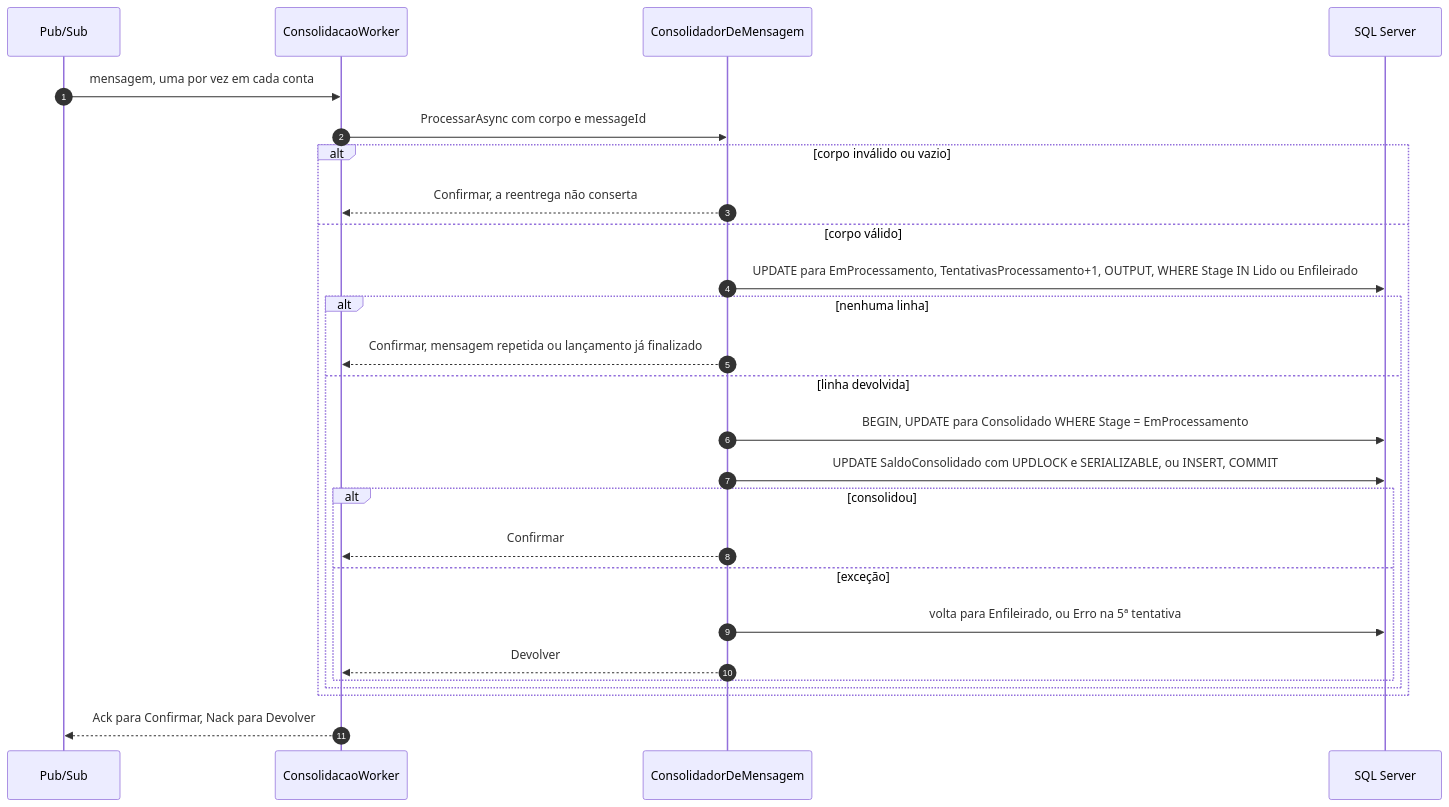
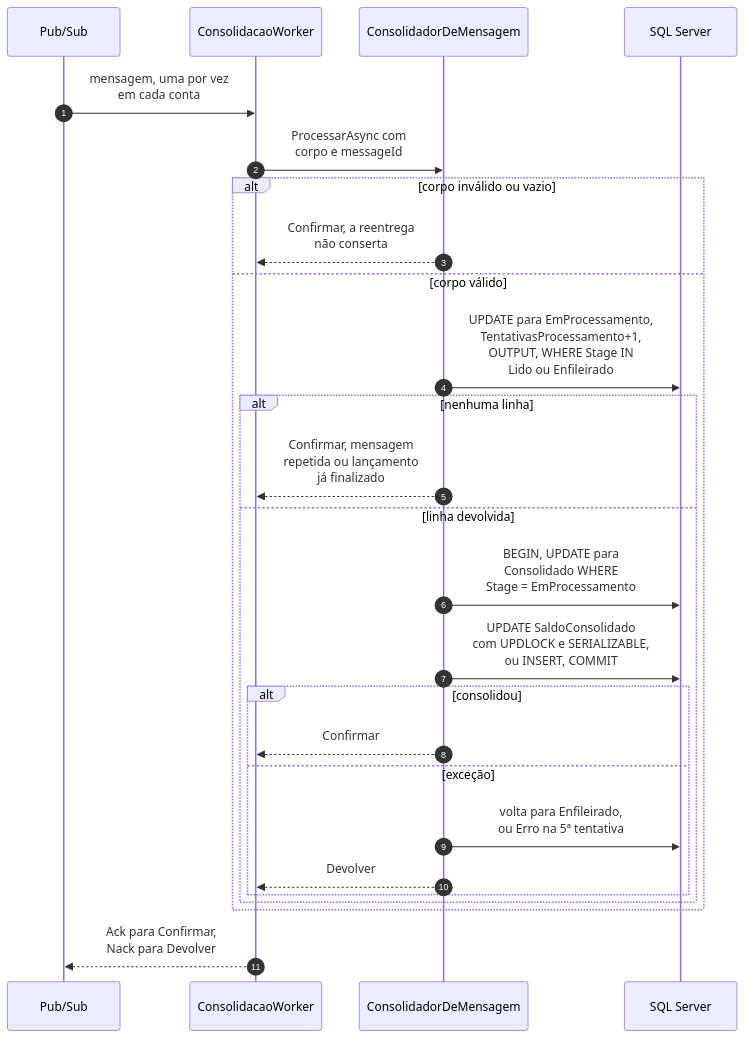
One commit to michellerodrigues/lancamentos-diarios-poc changed diagram 20 of 23 in docs/arquitetura/software/02-c4-componentes-e-codigo.md. Above: the diagram before and after it, drawn with Mermaid. The commit also changed other lines of this file and 45 other files, not shown here.

````diff
--- a/docs/arquitetura/software/02-c4-componentes-e-codigo.md
+++ b/docs/arquitetura/software/02-c4-componentes-e-codigo.md
@@ -806,28 +938,28 @@
 ```mermaid
 sequenceDiagram
     autonumber
     participant PS as Pub/Sub
     participant CW as ConsolidacaoWorker
     participant C as ConsolidadorDeMensagem
     participant DB as SQL Server
-    PS->>CW: mensagem, uma por vez em cada conta
-    CW->>C: ProcessarAsync com corpo e messageId
+    PS->>CW: mensagem, uma por vez<br/>em cada conta
+    CW->>C: ProcessarAsync com<br/>corpo e messageId
     alt corpo inválido ou vazio
-        C-->>CW: Confirmar, a reentrega não conserta
+        C-->>CW: Confirmar, a reentrega<br/>não conserta
     else corpo válido
-        C->>DB: UPDATE para EmProcessamento, TentativasProcessamento+1, OUTPUT, WHERE Stage IN Lido ou Enfileirado
+        C->>DB: UPDATE para EmProcessamento,<br/>TentativasProcessamento+1,<br/>OUTPUT, WHERE Stage IN<br/>Lido ou Enfileirado
         alt nenhuma linha
-            C-->>CW: Confirmar, mensagem repetida ou lançamento já finalizado
+            C-->>CW: Confirmar, mensagem<br/>repetida ou lançamento<br/>já finalizado
         else linha devolvida
-            C->>DB: BEGIN, UPDATE para Consolidado WHERE Stage = EmProcessamento
-            C->>DB: UPDATE SaldoConsolidado com UPDLOCK e SERIALIZABLE, ou INSERT, COMMIT
+            C->>DB: BEGIN, UPDATE para<br/>Consolidado WHERE<br/>Stage = EmProcessamento
+            C->>DB: UPDATE SaldoConsolidado<br/>com UPDLOCK e SERIALIZABLE,<br/>ou INSERT, COMMIT
             alt consolidou
                 C-->>CW: Confirmar
             else exceção
-                C->>DB: volta para Enfileirado, ou Erro na 5ª tentativa
+                C->>DB: volta para Enfileirado,<br/>ou Erro na 5ª tentativa
                 C-->>CW: Devolver
             end
         end
     end
-    CW-->>PS: Ack para Confirmar, Nack para Devolver
+    CW-->>PS: Ack para Confirmar,<br/>Nack para Devolver
 ```
````
